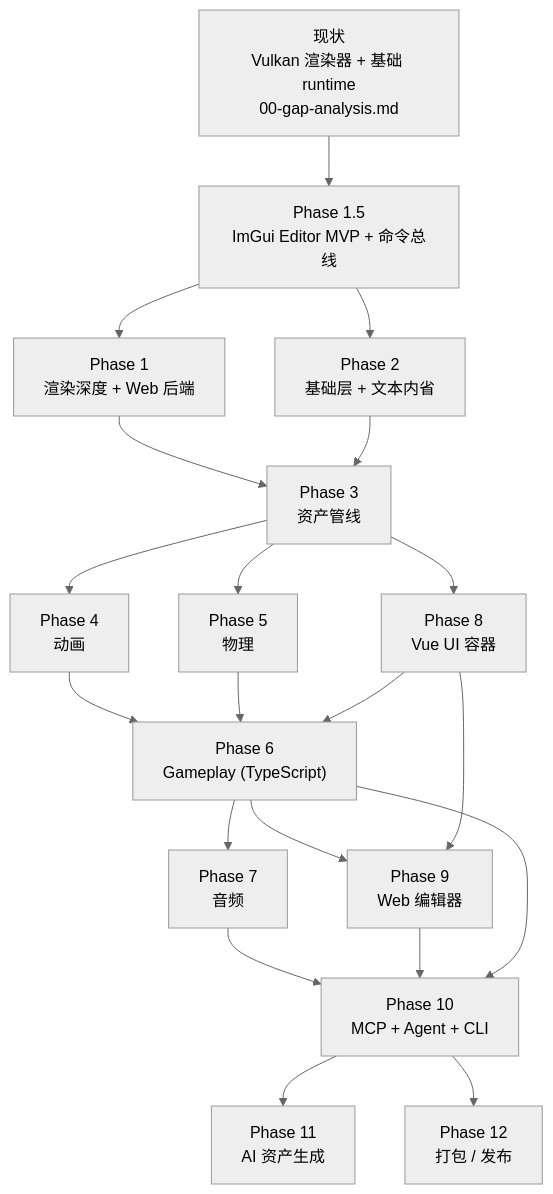
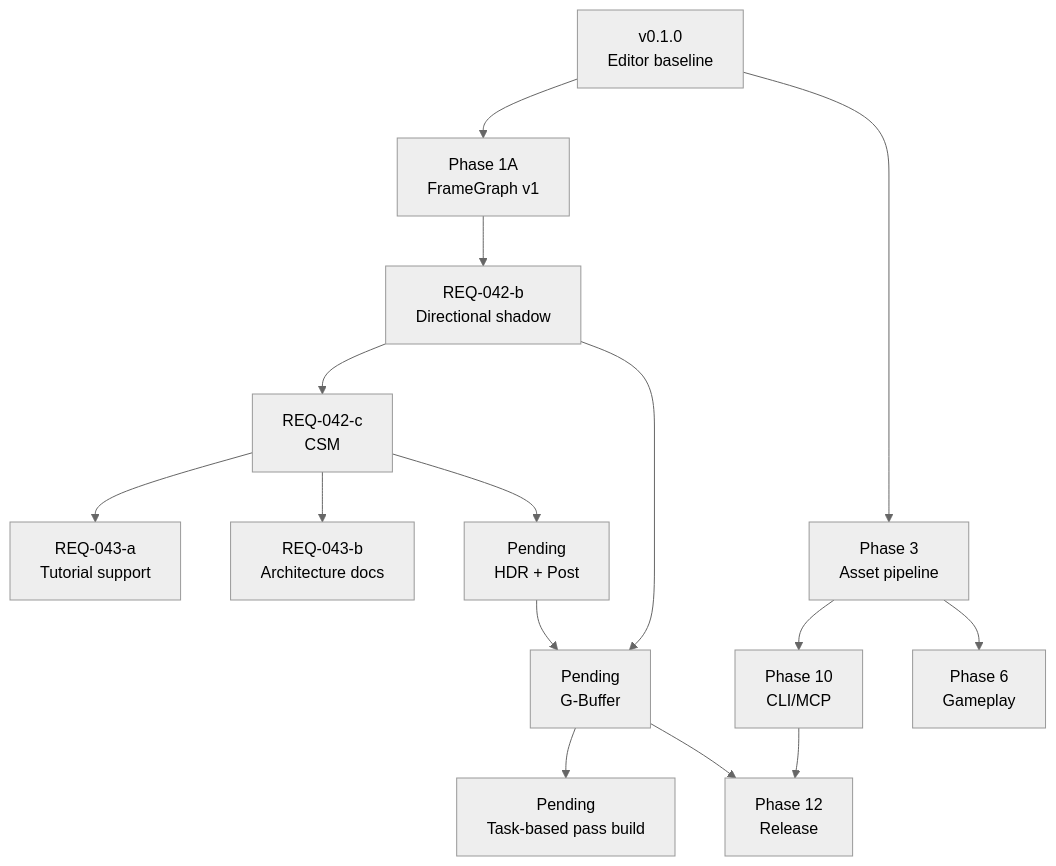
Before and after one commit to crackhopper/LXEngine: the diagram in notes/roadmaps/main-roadmap/README.md, drawn with Mermaid (neutral theme). The commit also changed other lines of this file and 141 other files, not shown here.

Commit message:
align notes and tooling for v0.1.1 roadmap

````diff
--- a/notes/roadmaps/main-roadmap/README.md
+++ b/notes/roadmaps/main-roadmap/README.md
@@ -68,37 +61,31 @@
 ```mermaid
 flowchart TD
-    current["现状<br/>Vulkan 渲染器 + 基础 runtime<br/>00-gap-analysis.md"]
-    p1_5["Phase 1.5<br/>ImGui Editor MVP + 命令总线"]
-    p1["Phase 1<br/>渲染深度 + Web 后端"]
-    p2["Phase 2<br/>基础层 + 文本内省"]
-    p3["Phase 3<br/>资产管线"]
-    p4["Phase 4<br/>动画"]
-    p5["Phase 5<br/>物理"]
-    p6["Phase 6<br/>Gameplay (TypeScript)"]
-    p7["Phase 7<br/>音频"]
-    p8["Phase 8<br/>Vue UI 容器"]
-    p9["Phase 9<br/>Web 编辑器"]
-    p10["Phase 10<br/>MCP + Agent + CLI"]
-    p11["Phase 11<br/>AI 资产生成"]
-    p12["Phase 12<br/>打包 / 发布"]
+    v010["v0.1.0<br/>Editor baseline"]
+    fg["Phase 1A<br/>FrameGraph v1"]
+    shadow["REQ-042-b<br/>Directional shadow"]
+    csm["REQ-042-c<br/>CSM"]
+    tutorial["REQ-043-a<br/>Tutorial support"]
+    arch["REQ-043-b<br/>Architecture docs"]
+    hdr["Pending<br/>HDR + Post"]
+    gbuf["Pending<br/>G-Buffer"]
+    task["Pending<br/>Task-based pass build"]
+    assets["Phase 3<br/>Asset pipeline"]
+    cli["Phase 10<br/>CLI/MCP"]
+    gameplay["Phase 6<br/>Gameplay"]
+    release["Phase 12<br/>Release"]
 
-    current --> p1_5
-    p1_5 --> p1
-    p1_5 --> p2
-    p1 --> p3
-    p2 --> p3
-    p3 --> p4
-    p3 --> p5
-    p3 --> p8
-    p4 --> p6
-    p5 --> p6
-    p8 --> p6
-    p6 --> p7
-    p6 --> p9
-    p8 --> p9
-    p7 --> p10
-    p9 --> p10
-    p6 --> p10
-    p10 --> p11
-    p10 --> p12
+    v010 --> fg
+    fg --> shadow
+    shadow --> csm
+    csm --> tutorial
+    csm --> arch
+    csm --> hdr
+    shadow --> gbuf
+    hdr --> gbuf
+    gbuf --> task
+    v010 --> assets
+    assets --> cli
+    assets --> gameplay
+    cli --> release
+    gbuf --> release
 ```
````
